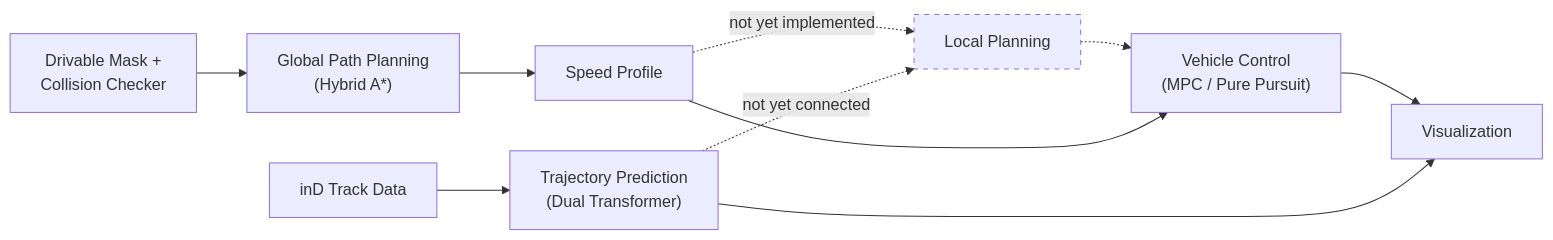
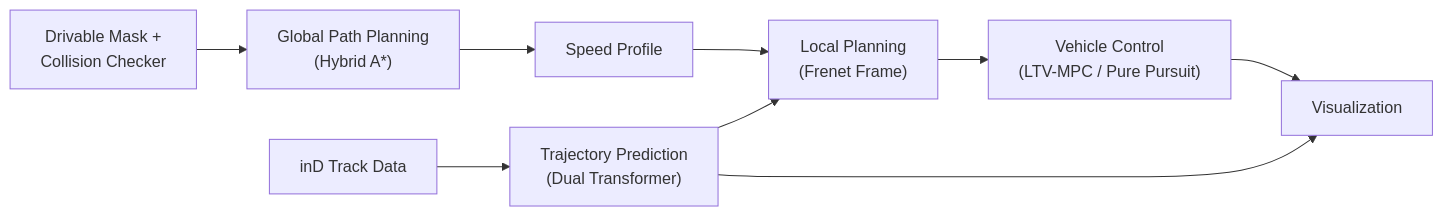
One commit to jeongseonarm/prediction-planning-control changed the diagram in README.md. Above: the diagram before and after it, drawn with Mermaid. The commit also changed other lines of this file, not shown here.

````diff
--- a/README.md
+++ b/README.md
@@ -28,14 +20,11 @@
 ```mermaid
 flowchart LR
     A["Drivable Mask +\nCollision Checker"] --> B["Global Path Planning\n(Hybrid A*)"]
     B --> C["Speed Profile"]
-    C -.->|"not yet implemented"| L["Local Planning"]
-    L -.-> D
-    C --> D["Vehicle Control\n(MPC / Pure Pursuit)"]
+    C --> L["Local Planning\n(Frenet Frame)"]
+    L --> D["Vehicle Control\n(LTV-MPC / Pure Pursuit)"]
     E["inD Track Data"] --> F["Trajectory Prediction\n(Dual Transformer)"]
-    F -.->|"not yet connected"| L
+    F --> L
     D --> G["Visualization"]
     F --> G
-
-    style L stroke-dasharray: 5 5
 ```
````
